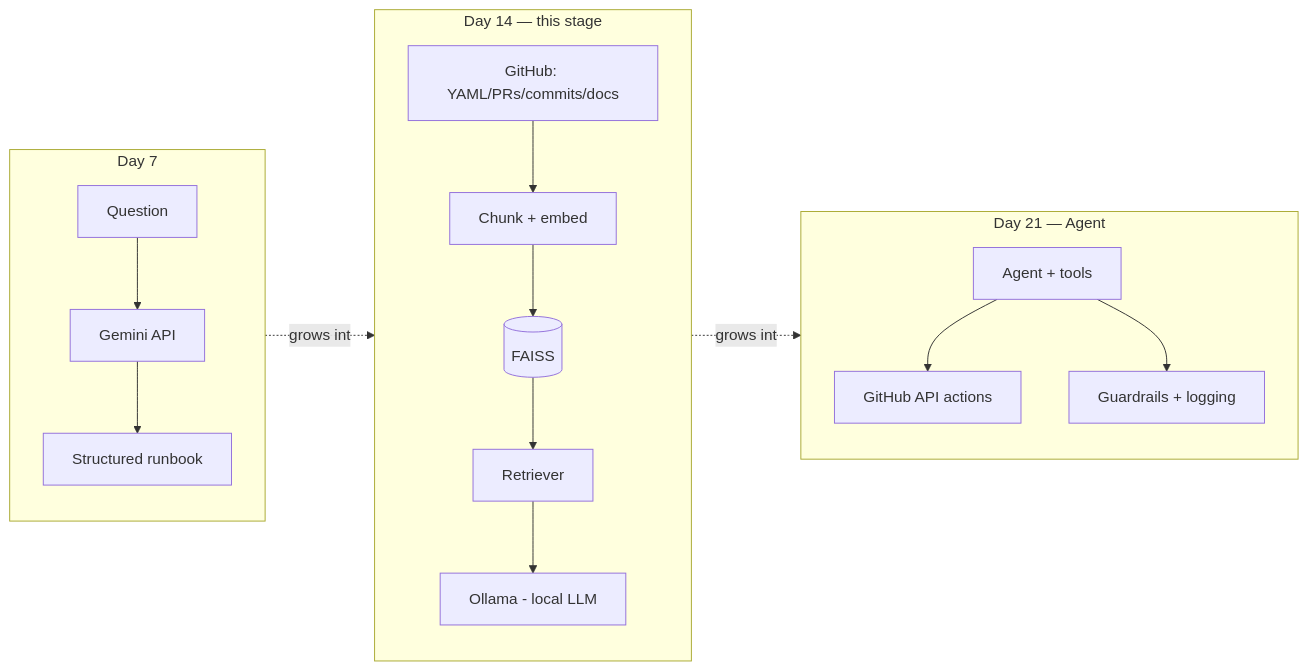
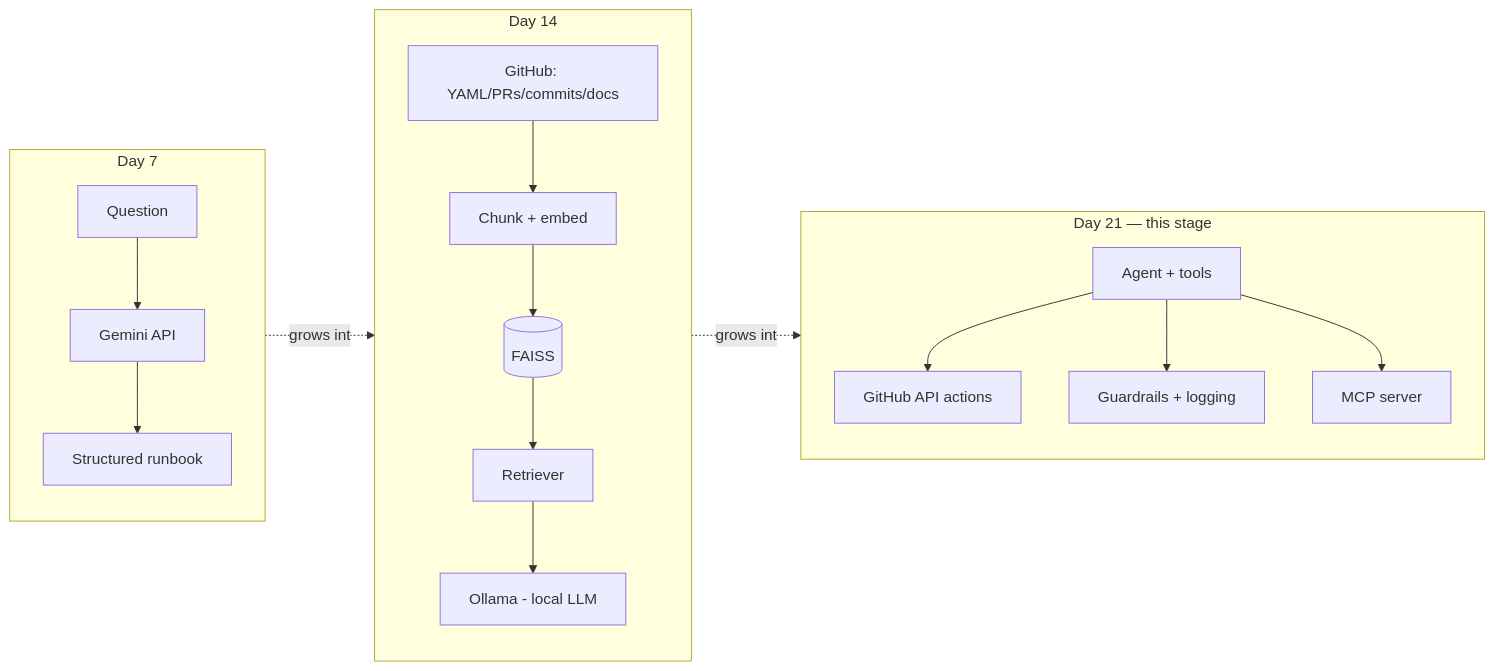
Before and after one commit to saghosh8/ai-devops-release-assistant: the diagram in README.md, drawn with Mermaid. The commit also changed other lines of this file and 24 other files, not shown here.

````diff
--- a/README.md
+++ b/README.md
@@ -32,18 +32,19 @@
 ```mermaid
 flowchart LR
     subgraph D7["Day 7"]
         A[Question] --> B[Gemini API]
         B --> C[Structured runbook]
     end
-    subgraph D14["Day 14 — this stage"]
+    subgraph D14["Day 14"]
         D[GitHub: YAML/PRs/commits/docs] --> E[Chunk + embed]
         E --> F[(FAISS)]
         F --> G[Retriever]
         G --> H[Ollama - local LLM]
     end
-    subgraph D21["Day 21 — Agent"]
+    subgraph D21["Day 21 — this stage"]
         I[Agent + tools] --> J[GitHub API actions]
         I --> K[Guardrails + logging]
+        I --> L[MCP server]
     end
     D7 -.grows into.-> D14 -.grows into.-> D21
 ```
````
